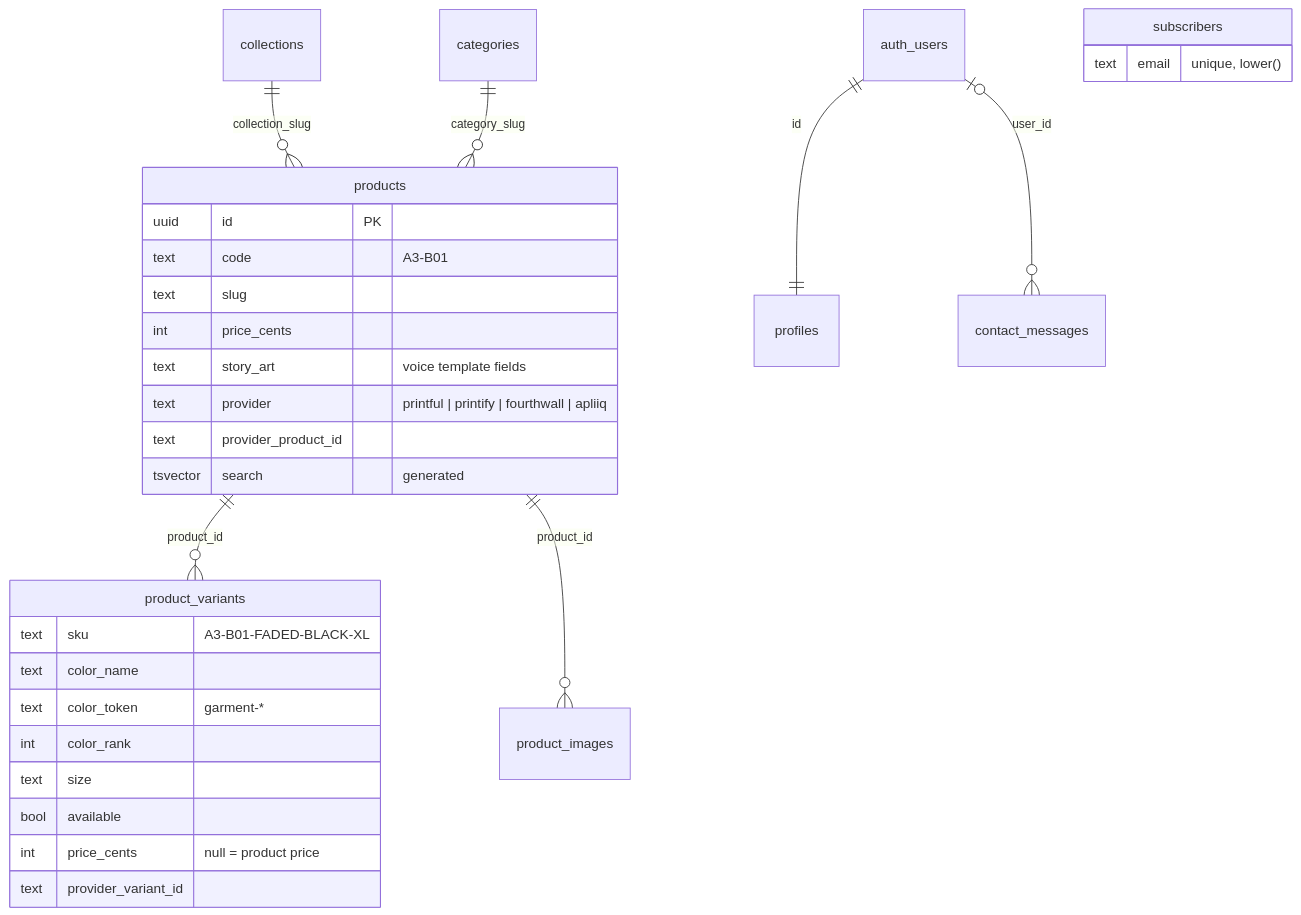
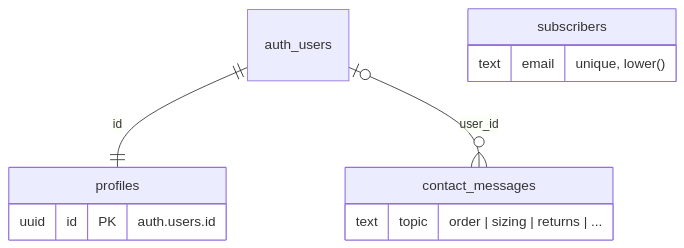
Before and after one commit to richardsotolongo/awebound: the second of 3 diagrams in docs/ARCHITECTURE.md, drawn with Mermaid. The commit also changed other lines of this file and 47 other files, not shown here.

````diff
--- a/docs/ARCHITECTURE.md
+++ b/docs/ARCHITECTURE.md
@@ -101,31 +101,9 @@
 ```mermaid
 erDiagram
-  collections ||--o{ products : "collection_slug"
-  categories  ||--o{ products : "category_slug"
-  products    ||--o{ product_variants : "product_id"
-  products    ||--o{ product_images : "product_id"
   auth_users  ||--|| profiles : "id"
   auth_users  |o--o{ contact_messages : "user_id"
 
-  products {
-    uuid id PK
-    text code "A3-B01"
-    text slug
-    int price_cents
-    text story_art "voice template fields"
-    text provider "printful | printify | fourthwall | apliiq"
-    text provider_product_id
-    tsvector search "generated"
-  }
-  product_variants {
-    text sku "A3-B01-FADED-BLACK-XL"
-    text color_name
-    text color_token "garment-*"
-    int color_rank
-    text size
-    bool available
-    int price_cents "null = product price"
-    text provider_variant_id
-  }
+  profiles { uuid id PK "auth.users.id" }
+  contact_messages { text topic "order | sizing | returns | ..." }
   subscribers { text email "unique, lower()" }
 ```
````
